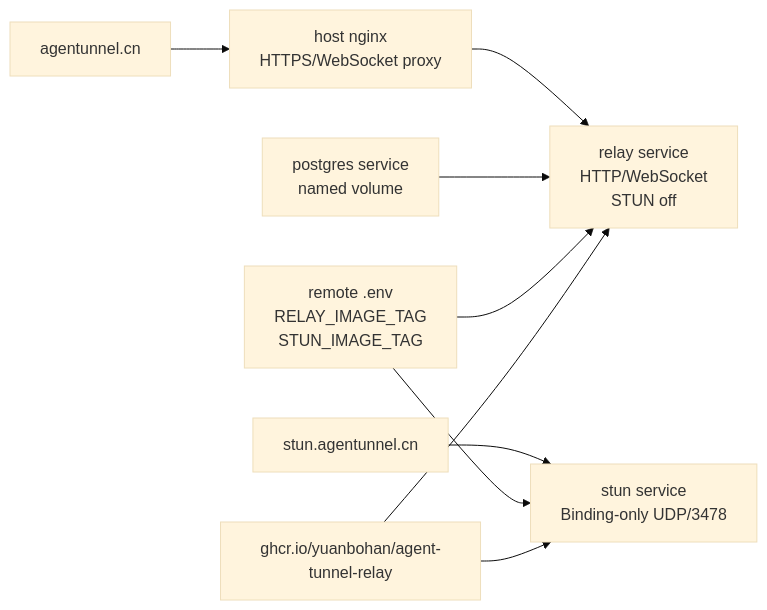
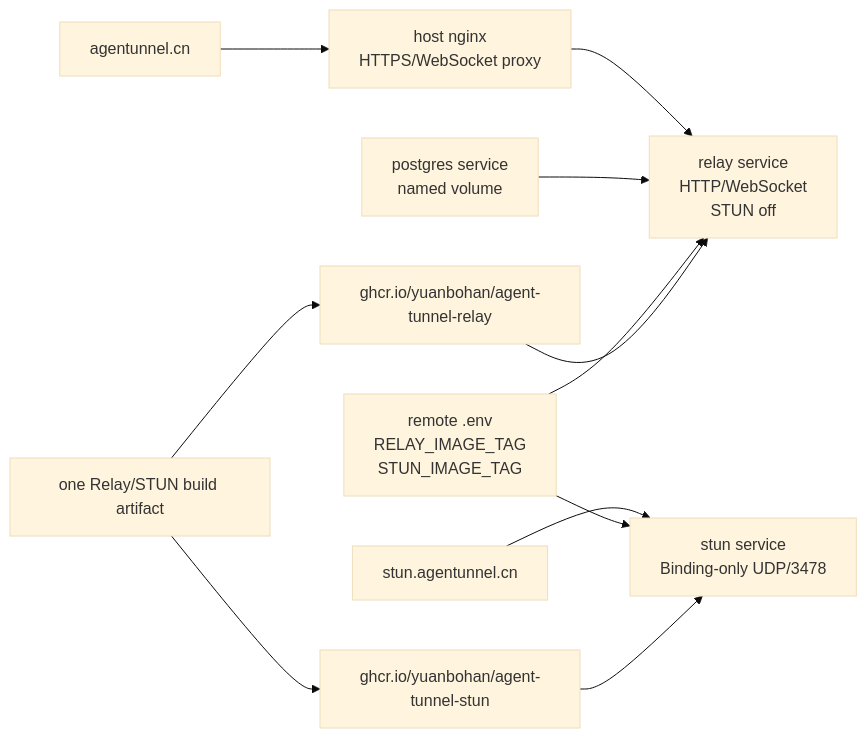
Before and after one commit to yuanbohan/agent-tunnel: the diagram in docs/plans/2026-05-14-001-feat-split-stun-compose-deployment-plan.md, drawn with Mermaid (base theme). The commit also changed other lines of this file and 12 other files, not shown here.

Commit message:
chore: publish stun image alias

````diff
--- a/docs/plans/2026-05-14-001-feat-split-stun-compose-deployment-plan.md
+++ b/docs/plans/2026-05-14-001-feat-split-stun-compose-deployment-plan.md
@@ -122,19 +122,21 @@
 ```mermaid
 flowchart LR
-    GHCR["ghcr.io/yuanbohan/agent-tunnel-relay"]
+    Build["one Relay/STUN build artifact"]
+    RelayImage["ghcr.io/yuanbohan/agent-tunnel-relay"]
+    STUNImage["ghcr.io/yuanbohan/agent-tunnel-stun"]
     Env["remote .env\nRELAY_IMAGE_TAG\nSTUN_IMAGE_TAG"]
     PG["postgres service\nnamed volume"]
     Relay["relay service\nHTTP/WebSocket\nSTUN off"]
     STUN["stun service\nBinding-only UDP/3478"]
     Nginx["host nginx\nHTTPS/WebSocket proxy"]
     DNSA["agentunnel.cn"]
     DNSS["stun.agentunnel.cn"]
 
-    GHCR --> Relay
-    GHCR --> STUN
+    Build --> RelayImage --> Relay
+    Build --> STUNImage --> STUN
     Env --> Relay
     Env --> STUN
     PG --> Relay
     DNSA --> Nginx --> Relay
     DNSS --> STUN
 ```
````
